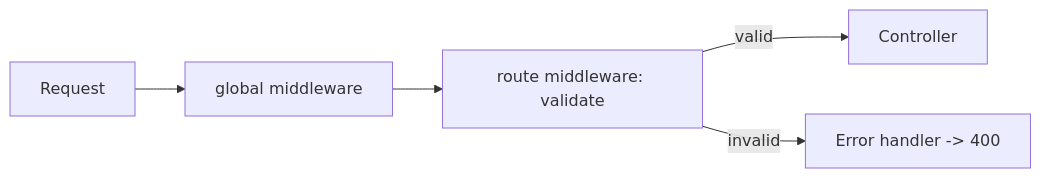
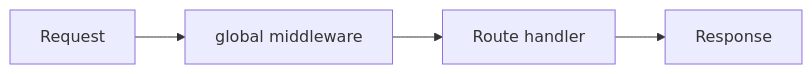
The second of 2 diagrams in docs/frontend-developer-guide.md (cloudtecki/the-woven-kitchen-api), drawn with Mermaid before and after one commit. The commit also changed other lines of this file and 214 other files, not shown here.

````diff
--- a/docs/frontend-developer-guide.md
+++ b/docs/frontend-developer-guide.md
@@ -71,7 +73,6 @@
 ```mermaid
 flowchart LR
     A[Request] --> B[global middleware]
-    B --> C[route middleware: validate]
-    C -->|valid| D[Controller]
-    C -->|invalid| E[Error handler -> 400]
+    B --> C[Route handler]
+    C --> D[Response]
 ```
````
